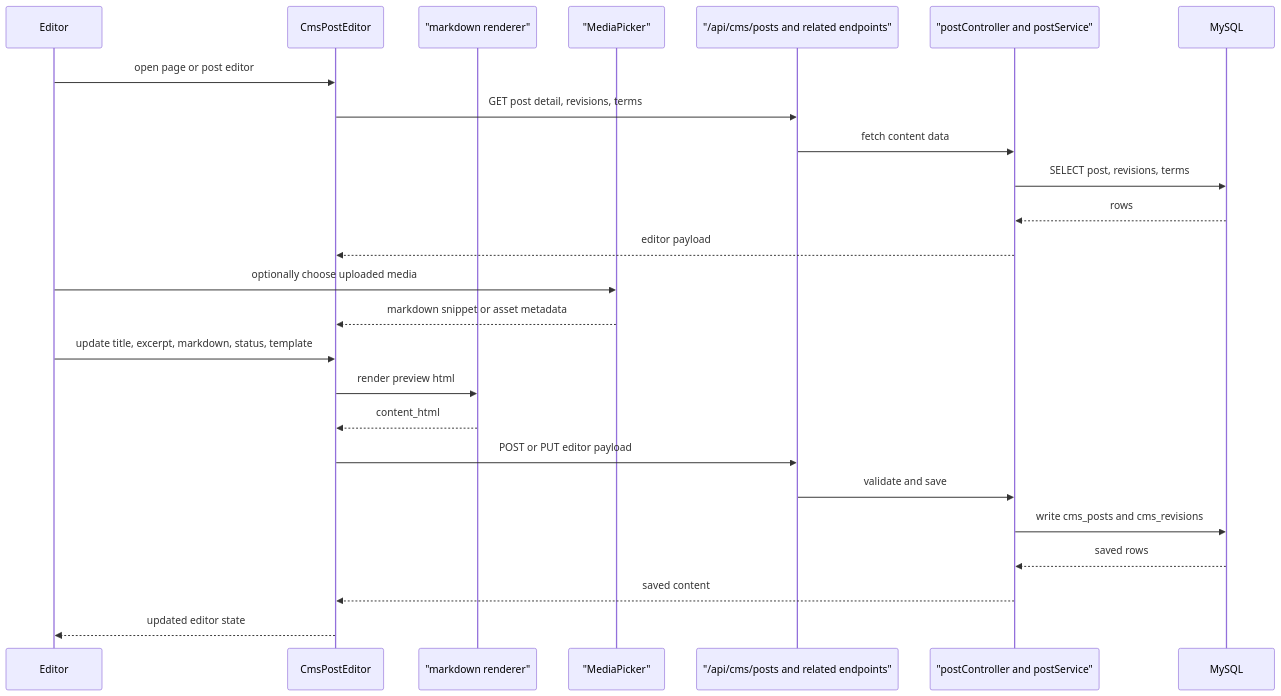
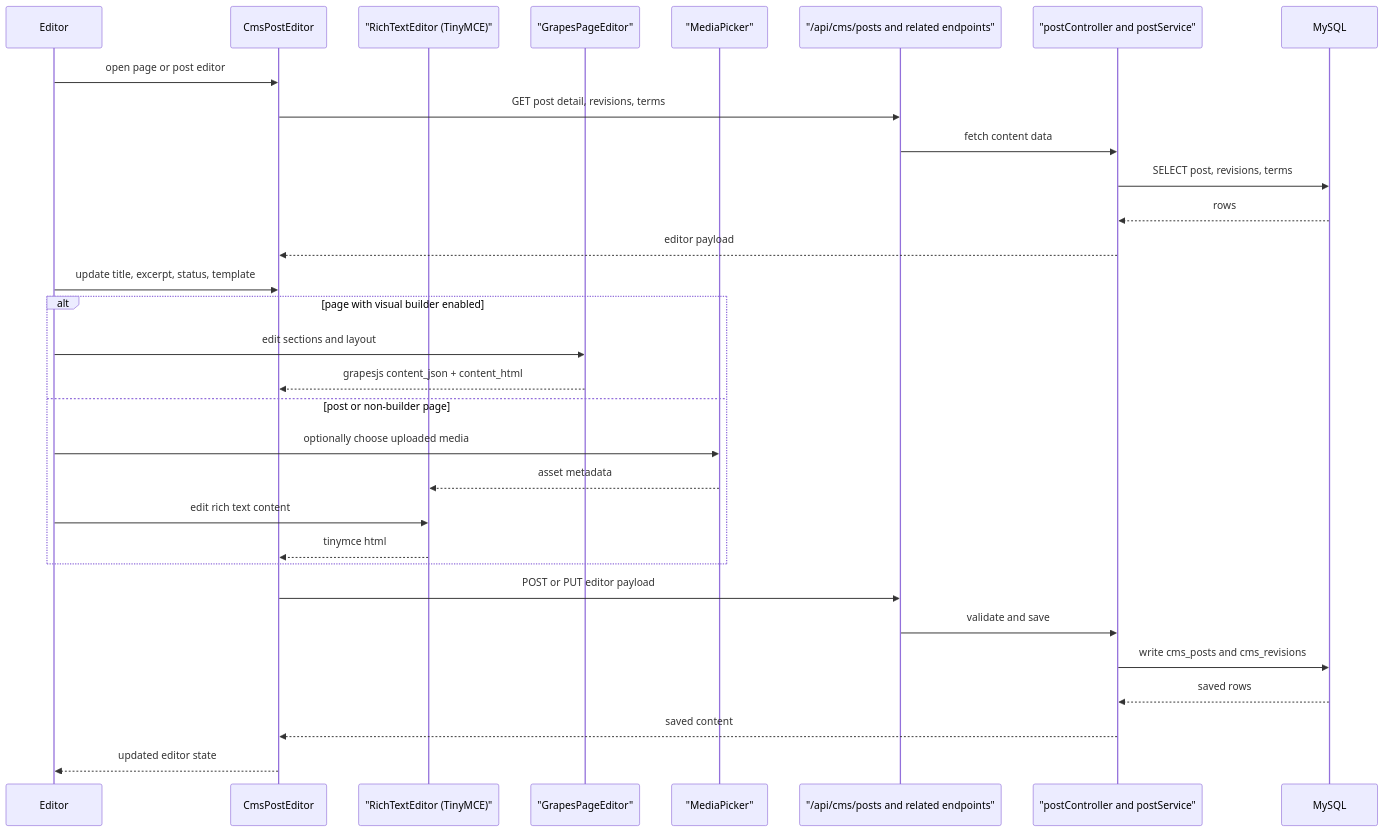
One commit to besmarques/React-Express-Mysql changed the sixth of 11 diagrams in docs/architecture.md. Above: the diagram before and after it, drawn with Mermaid. The commit also changed other lines of this file and 77 other files, not shown here.

````diff
--- a/docs/architecture.md
+++ b/docs/architecture.md
@@ -313,29 +323,35 @@
 ```mermaid
 sequenceDiagram
     participant Editor as Editor
     participant Form as CmsPostEditor
-    participant Markdown as "markdown renderer"
+    participant RichText as "RichTextEditor (TinyMCE)"
+    participant Builder as "GrapesPageEditor"
     participant Media as "MediaPicker"
     participant API as "/api/cms/posts and related endpoints"
     participant Server as "postController and postService"
     participant DB as MySQL
 
     Editor->>Form: open page or post editor
     Form->>API: GET post detail, revisions, terms
     API->>Server: fetch content data
     Server->>DB: SELECT post, revisions, terms
     DB-->>Server: rows
     Server-->>Form: editor payload
 
-    Editor->>Media: optionally choose uploaded media
-    Media-->>Form: markdown snippet or asset metadata
-    Editor->>Form: update title, excerpt, markdown, status, template
-    Form->>Markdown: render preview html
-    Markdown-->>Form: content_html
+    Editor->>Form: update title, excerpt, status, template
+    alt page with visual builder enabled
+        Editor->>Builder: edit sections and layout
+        Builder-->>Form: grapesjs content_json + content_html
+    else post or non-builder page
+        Editor->>Media: optionally choose uploaded media
+        Media-->>RichText: asset metadata
+        Editor->>RichText: edit rich text content
+        RichText-->>Form: tinymce html
+    end
     Form->>API: POST or PUT editor payload
     API->>Server: validate and save
     Server->>DB: write cms_posts and cms_revisions
     DB-->>Server: saved rows
     Server-->>Form: saved content
     Form-->>Editor: updated editor state
 ```
````
